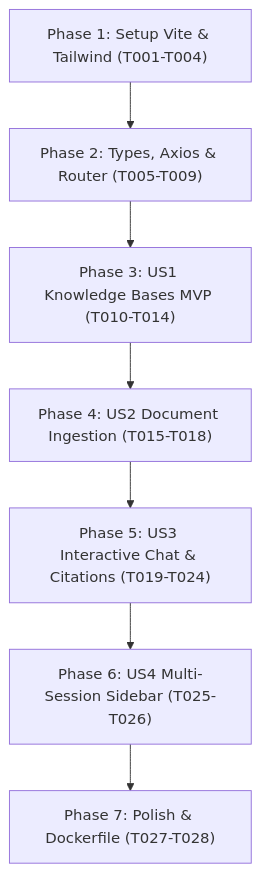
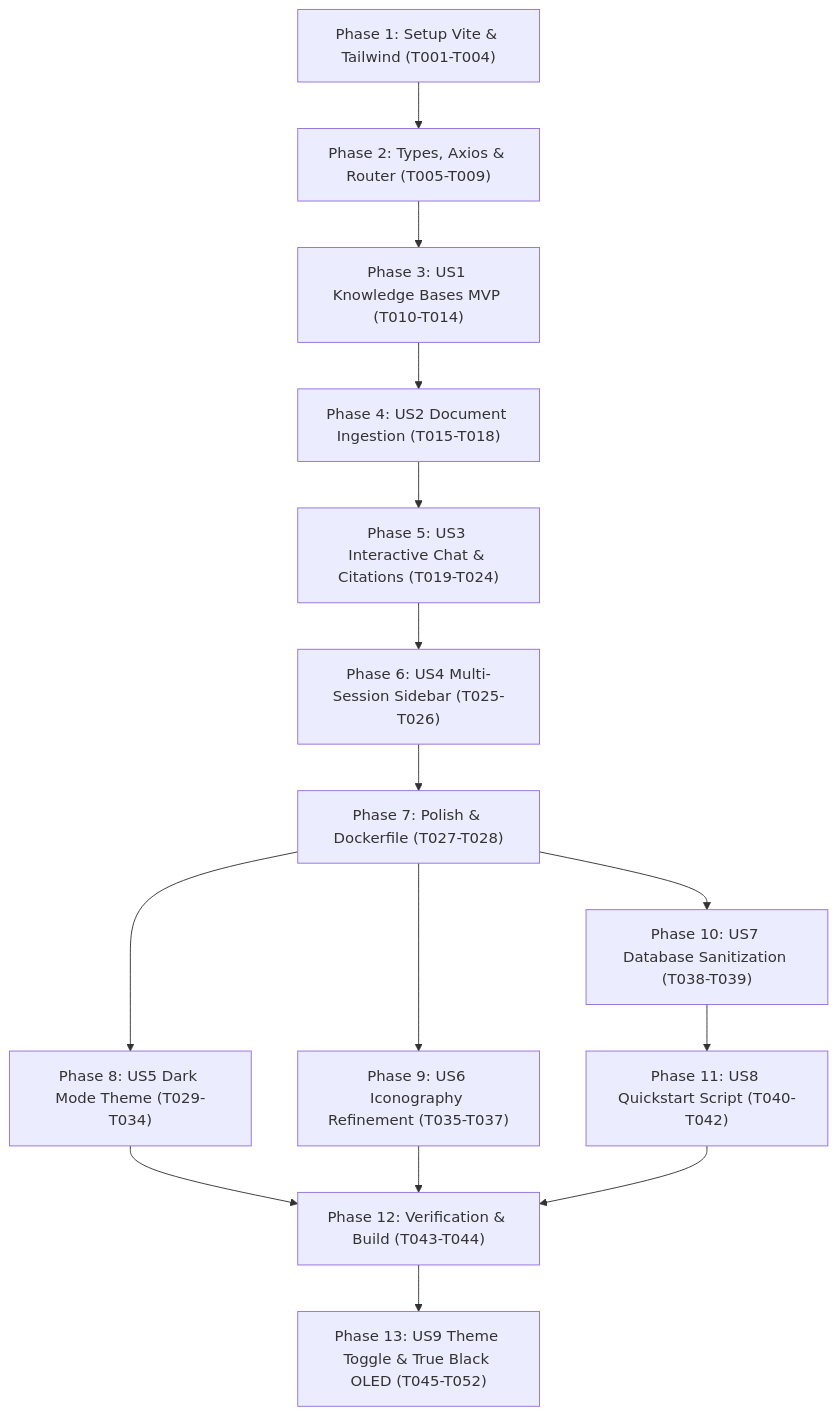
The diagram in specs/003-frontend-rag-ui/tasks.md (debhgoulart/atlas-ai-rag), drawn with Mermaid before and after one commit. The commit also changed other lines of this file and 5 other files, not shown here.

Commit message:
feat(dx): add interactive quickstart script, database sanitization tool, and spec updates

````diff
--- a/specs/003-frontend-rag-ui/tasks.md
+++ b/specs/003-frontend-rag-ui/tasks.md
@@ -119,9 +195,17 @@
 ```mermaid
 flowchart TD
     Setup["Phase 1: Setup Vite & Tailwind (T001-T004)"] --> Foundational["Phase 2: Types, Axios & Router (T005-T009)"]
     Foundational --> US1["Phase 3: US1 Knowledge Bases MVP (T010-T014)"]
     US1 --> US2["Phase 4: US2 Document Ingestion (T015-T018)"]
     US2 --> US3["Phase 5: US3 Interactive Chat & Citations (T019-T024)"]
     US3 --> US4["Phase 6: US4 Multi-Session Sidebar (T025-T026)"]
-    US4 --> Polish["Phase 7: Polish & Dockerfile (T027-T028)"]
+    US4 --> Polish1["Phase 7: Polish & Dockerfile (T027-T028)"]
+    Polish1 --> US5["Phase 8: US5 Dark Mode Theme (T029-T034)"]
+    Polish1 --> US6["Phase 9: US6 Iconography Refinement (T035-T037)"]
+    Polish1 --> US7["Phase 10: US7 Database Sanitization (T038-T039)"]
+    US7 --> US8["Phase 11: US8 Quickstart Script (T040-T042)"]
+    US5 --> Verification["Phase 12: Verification & Build (T043-T044)"]
+    US6 --> Verification
+    US8 --> Verification
+    Verification --> US9["Phase 13: US9 Theme Toggle & True Black OLED (T045-T052)"]
 ```
````
